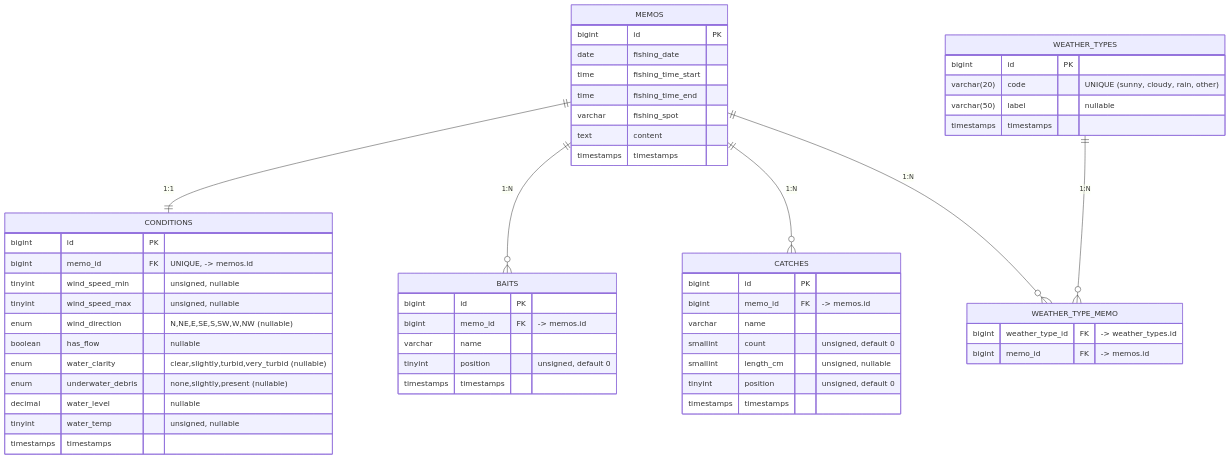
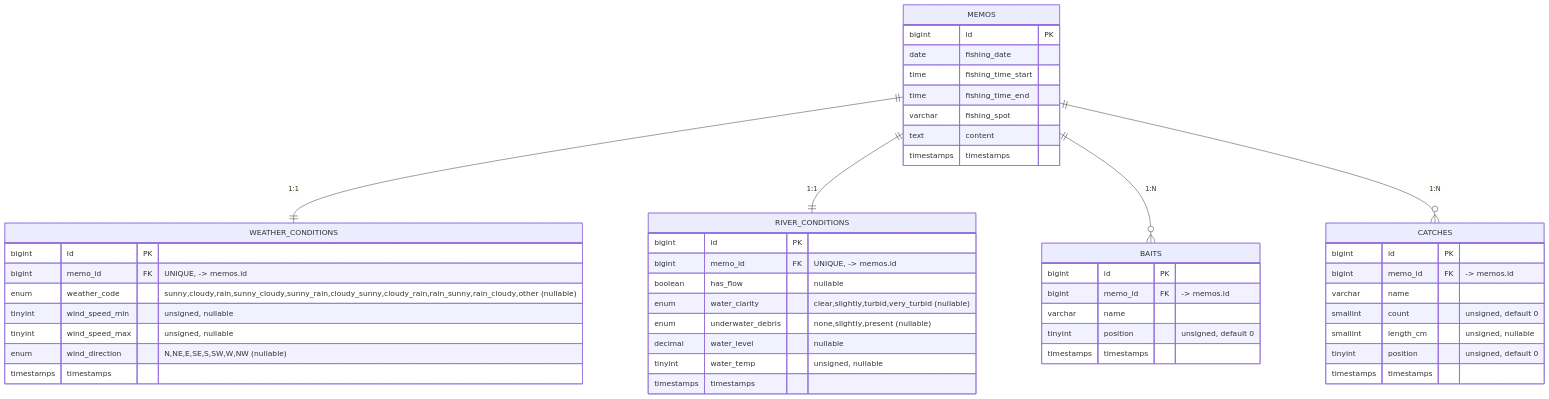
One commit to okina3/change_memo changed the diagram in ERD.md. Above: the diagram before and after it, drawn with Mermaid. The commit also changed other lines of this file and 8 other files, not shown here.

````diff
--- a/ERD.md
+++ b/ERD.md
@@ -5,65 +5,60 @@
 ```mermaid
 erDiagram
-  MEMOS ||--|| CONDITIONS : "1:1"
+  MEMOS ||--|| WEATHER_CONDITIONS : "1:1"
+  MEMOS ||--|| RIVER_CONDITIONS : "1:1"
   MEMOS ||--o{ BAITS : "1:N"
   MEMOS ||--o{ CATCHES : "1:N"
-  MEMOS ||--o{ WEATHER_TYPE_MEMO : "1:N"
-  WEATHER_TYPES ||--o{ WEATHER_TYPE_MEMO : "1:N"
 
   MEMOS {
     bigint id PK
     date   fishing_date
     time   fishing_time_start
     time   fishing_time_end
     varchar fishing_spot
     text   content
     timestamps timestamps
   }
 
-  CONDITIONS {
+  WEATHER_CONDITIONS {
     bigint id PK
     bigint memo_id FK "UNIQUE, -> memos.id"
+    enum weather_code "sunny,cloudy,rain,sunny_cloudy,sunny_rain,cloudy_sunny,cloudy_rain,rain_sunny,rain_cloudy,other (nullable)"
     tinyint wind_speed_min "unsigned, nullable"
     tinyint wind_speed_max "unsigned, nullable"
     enum wind_direction "N,NE,E,SE,S,SW,W,NW (nullable)"
+    timestamps timestamps
+  }
+
+  RIVER_CONDITIONS {
+    bigint id PK
+    bigint memo_id FK "UNIQUE, -> memos.id"
     boolean has_flow "nullable"
     enum water_clarity "clear,slightly,turbid,very_turbid (nullable)"
     enum underwater_debris "none,slightly,present (nullable)"
     decimal water_level "nullable"
     tinyint water_temp "unsigned, nullable"
     timestamps timestamps
   }
 
   BAITS {
     bigint id PK
     bigint memo_id FK "-> memos.id"
     varchar name
     tinyint position "unsigned, default 0"
     timestamps timestamps
     %% UNIQUE(memo_id, position)
   }
 
   CATCHES {
     bigint id PK
     bigint memo_id FK "-> memos.id"
     varchar name
     smallint count "unsigned, default 0"
     smallint length_cm "unsigned, nullable"
     tinyint position "unsigned, default 0"
     timestamps timestamps
     %% UNIQUE(memo_id, position)
   }
 
-  WEATHER_TYPES {
-    bigint id PK
-    varchar(20) code "UNIQUE (sunny, cloudy, rain, other)"
-    varchar(50) label "nullable"
-    timestamps timestamps
-  }
-
-  WEATHER_TYPE_MEMO {
-    bigint weather_type_id FK "-> weather_types.id"
-    bigint memo_id FK "-> memos.id"
-    %% PRIMARY(weather_type_id, memo_id)
-  }
+  %% 天気マスタ／ピボットは廃止し、天気は WEATHER_CONDITIONS.weather_code に保持します。
 ```
````
